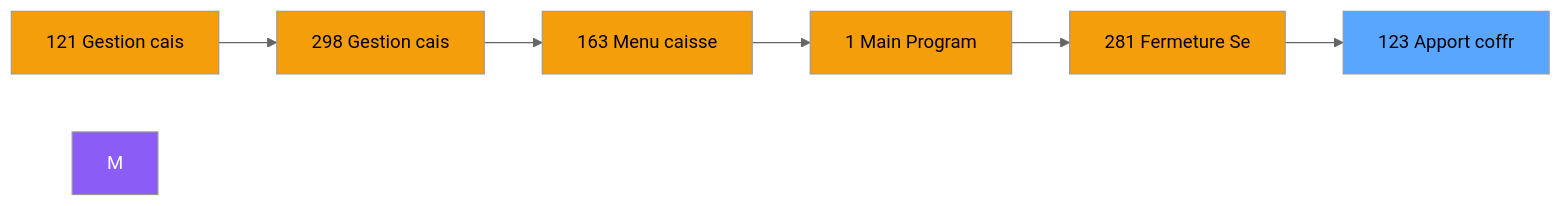
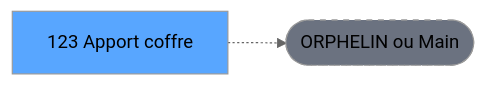
One commit to thonyAGP/lecteur-magic changed the second of 3 diagrams in .openspec/specs/ADH-IDE-123.md. Above: the diagram before and after it, drawn with Mermaid (neutral theme). The commit also changed other lines of this file and 701 other files, not shown here.

````diff
--- a/.openspec/specs/ADH-IDE-123.md
+++ b/.openspec/specs/ADH-IDE-123.md
@@ -118,21 +121,8 @@
 ```mermaid
 graph LR
-    N121[121 Gestion cais]
-    N298[298 Gestion cais]
-    N163[163 Menu caisse ]
-    N1[1 Main Program]
-    N281[281 Fermeture Se]
-    T[123 Apport coffr]
-    N121 --> N298
-    N298 --> N163
-    N163 --> N1
-    N1 --> N281
-    N281 --> T
-    style M fill:#8b5cf6,color:#fff
-    style N121 fill:#f59e0b
-    style N298 fill:#f59e0b
-    style N163 fill:#f59e0b
-    style N1 fill:#f59e0b
-    style N281 fill:#f59e0b
+    T[123 Apport coffre]
+    ORPHAN([ORPHELIN ou Main])
+    T -.-> ORPHAN
     style T fill:#58a6ff,color:#000
+    style ORPHAN fill:#6b7280,stroke-dasharray: 5 5
 ```
````
